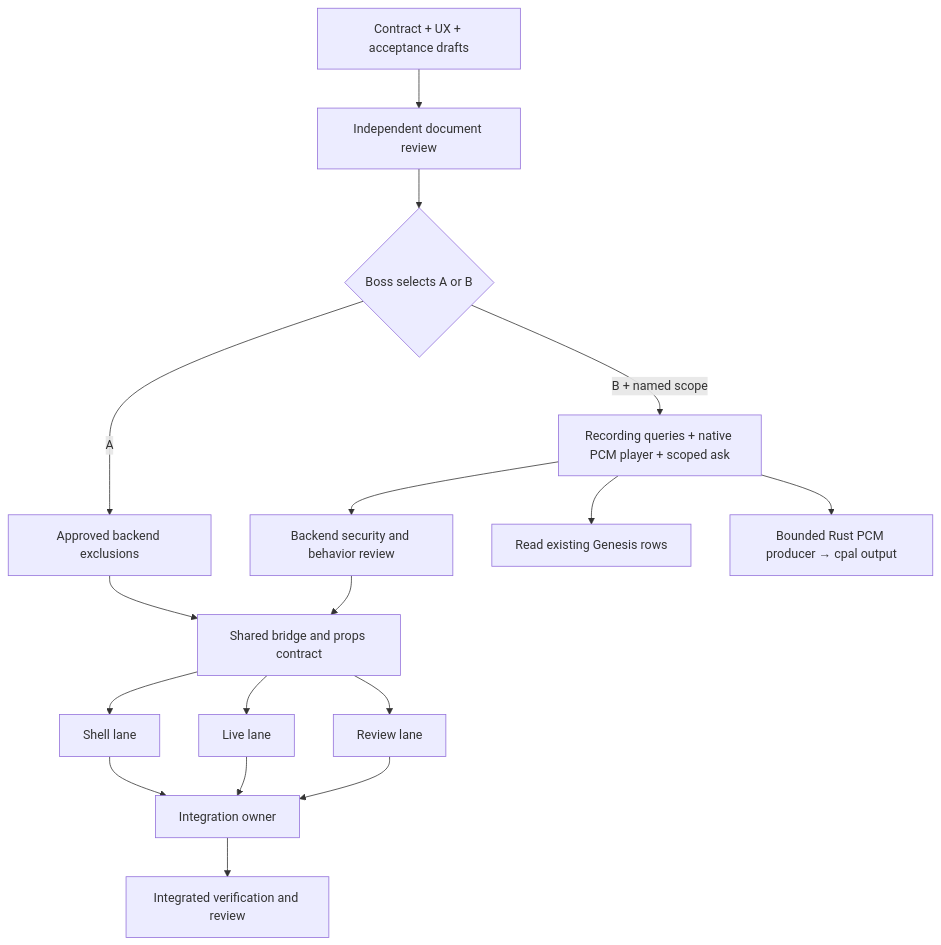
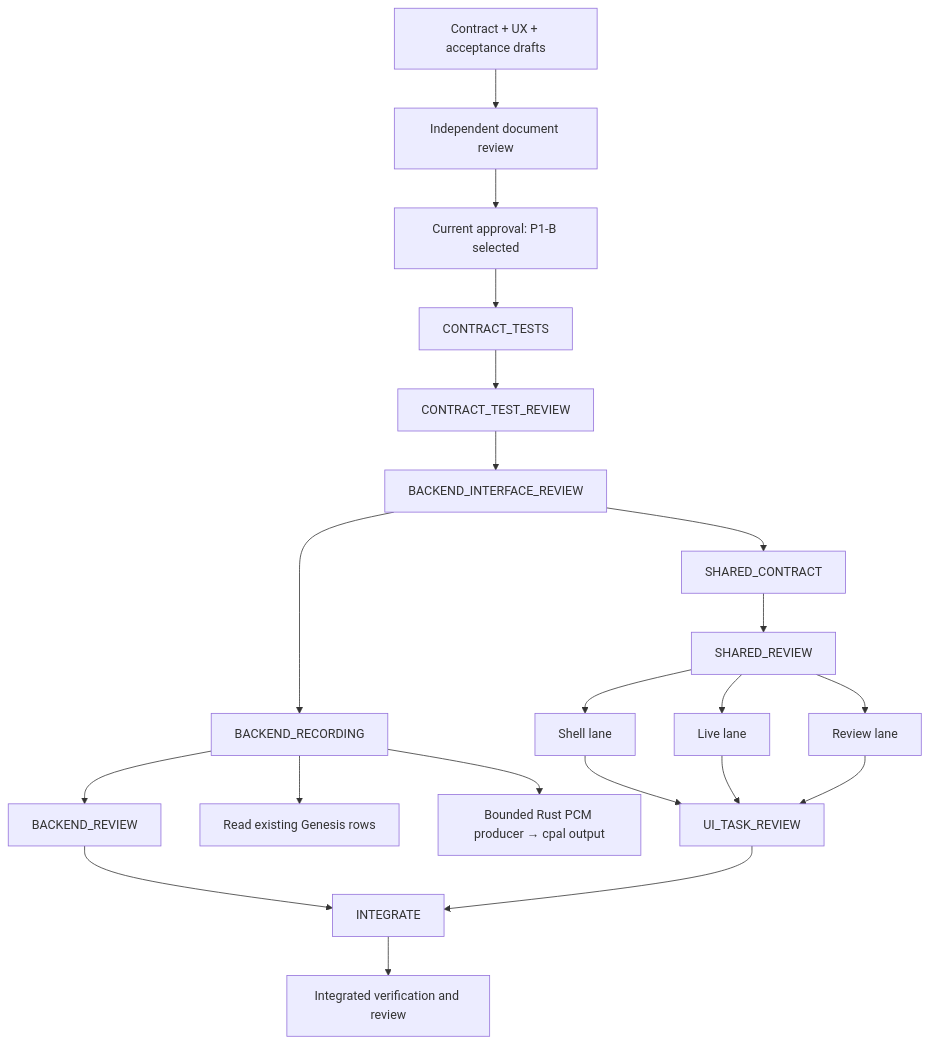
Before and after one commit to Freshair129/FUNG: the diagram in docs/specs/2026-09-17-callmd-desktop-contracts.md, drawn with Mermaid. The commit also changed other lines of this file and 73 other files, not shown here.

````diff
--- a/docs/specs/2026-09-17-callmd-desktop-contracts.md
+++ b/docs/specs/2026-09-17-callmd-desktop-contracts.md
@@ -70,19 +80,23 @@
 ```mermaid
 flowchart TD
   D[Contract + UX + acceptance drafts] --> R[Independent document review]
-  R --> A{Boss selects A or B}
-  A -->|A| X[Approved backend exclusions]
-  A -->|B + named scope| B[Recording queries + native PCM player + scoped ask]
-  B --> BR[Backend security and behavior review]
-  X --> C[Shared bridge and props contract]
-  BR --> C
-  C --> S[Shell lane]
-  C --> L[Live lane]
-  C --> H[Review lane]
-  S --> I[Integration owner]
-  L --> I
-  H --> I
+  R --> A[Current approval: P1-B selected]
+  A --> CT[CONTRACT_TESTS]
+  CT --> CTR[CONTRACT_TEST_REVIEW]
+  CTR --> IR[BACKEND_INTERFACE_REVIEW]
+  IR --> B[BACKEND_RECORDING]
+  B --> BR[BACKEND_REVIEW]
+  IR --> C[SHARED_CONTRACT]
+  C --> CR[SHARED_REVIEW]
+  CR --> S[Shell lane]
+  CR --> L[Live lane]
+  CR --> H[Review lane]
+  S --> UR[UI_TASK_REVIEW]
+  L --> UR
+  H --> UR
+  BR --> I[INTEGRATE]
+  UR --> I
   I --> V[Integrated verification and review]
   B --> G[Read existing Genesis rows]
   B --> P[Bounded Rust PCM producer → cpal output]
 ```
````
